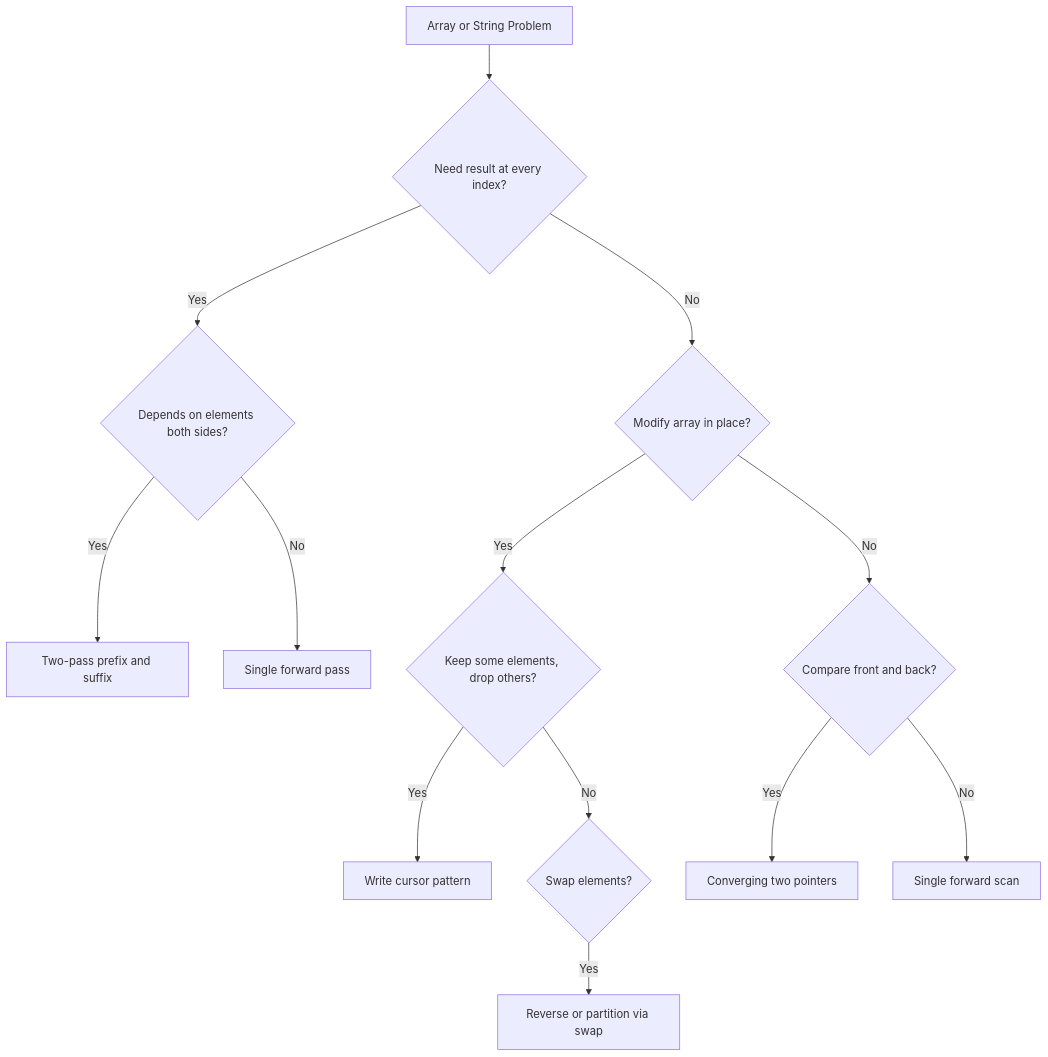
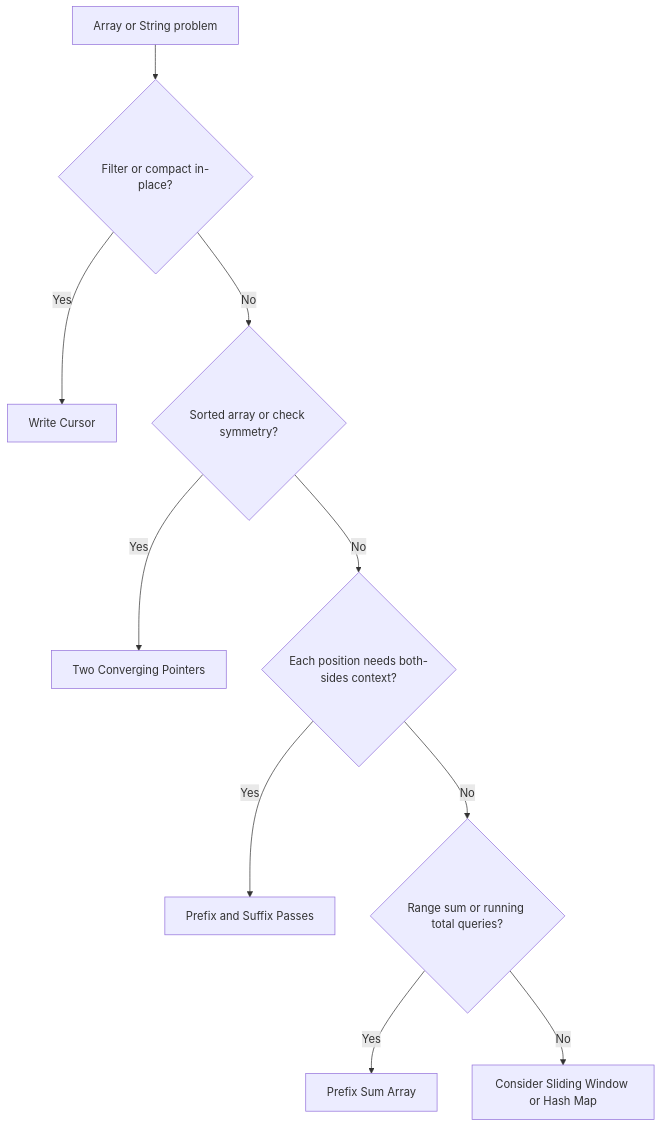
Before and after one commit to snesjhon/dsa-for-humans: the second of 2 diagrams in app/fundamentals/arrays-strings-fundamentals.md, drawn with Mermaid. The commit also changed other lines of this file and 31 other files, not shown here.

````diff
--- a/app/fundamentals/arrays-strings-fundamentals.md
+++ b/app/fundamentals/arrays-strings-fundamentals.md
@@ -292,15 +375,12 @@
 ```mermaid
 graph TD
-    Start[Array or String Problem] --> Q1{Need result at every index?}
-    Q1 -- Yes --> Q2{Depends on elements both sides?}
-    Q2 -- Yes --> Prefix[Two-pass prefix and suffix]
-    Q2 -- No --> Single[Single forward pass]
-    Q1 -- No --> Q3{Modify array in place?}
-    Q3 -- Yes --> Q4{Keep some elements, drop others?}
-    Q4 -- Yes --> WriteCursor[Write cursor pattern]
-    Q4 -- No --> Q5{Swap elements?}
-    Q5 -- Yes --> Swap[Reverse or partition via swap]
-    Q3 -- No --> Q6{Compare front and back?}
-    Q6 -- Yes --> Converge[Converging two pointers]
-    Q6 -- No --> Forward[Single forward scan]
+    Q[Array or String problem] --> Q1{Filter or compact in-place?}
+    Q1 -->|Yes| WC[Write Cursor]
+    Q1 -->|No| Q2{Sorted array or check symmetry?}
+    Q2 -->|Yes| TP[Two Converging Pointers]
+    Q2 -->|No| Q3{Each position needs both-sides context?}
+    Q3 -->|Yes| PS[Prefix and Suffix Passes]
+    Q3 -->|No| Q4{Range sum or running total queries?}
+    Q4 -->|Yes| PR[Prefix Sum Array]
+    Q4 -->|No| NA[Consider Sliding Window or Hash Map]
 ```
````
